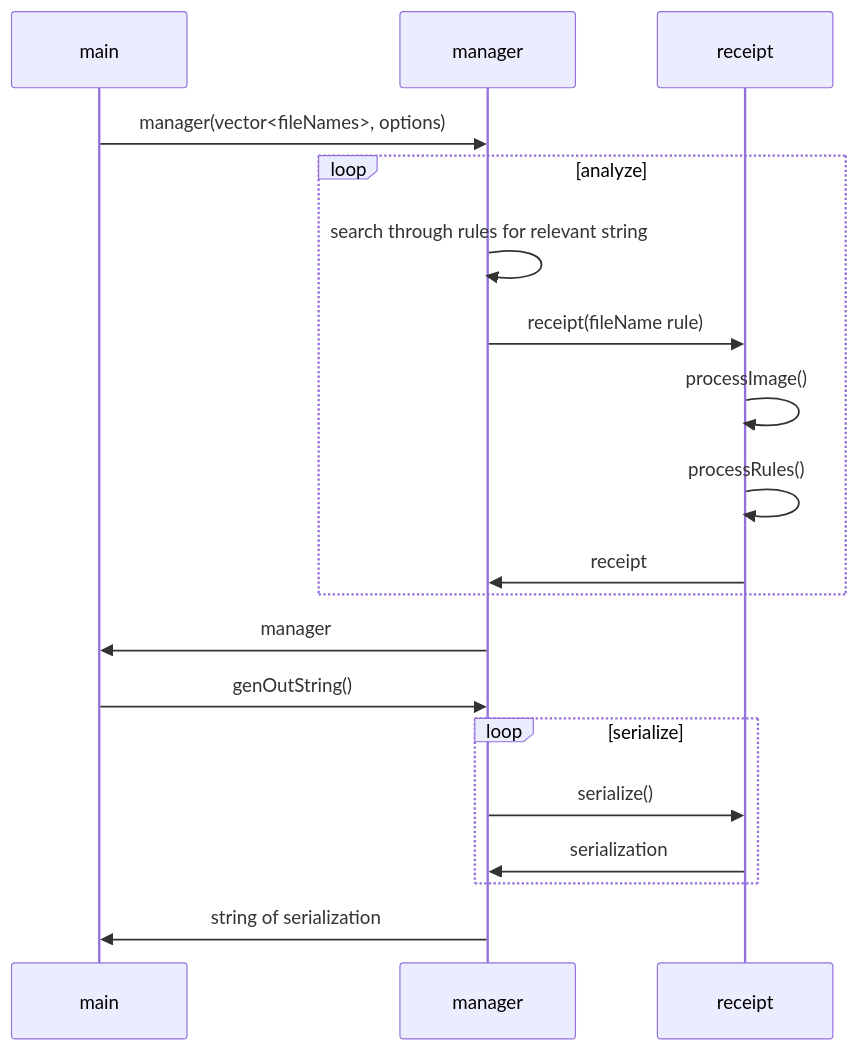
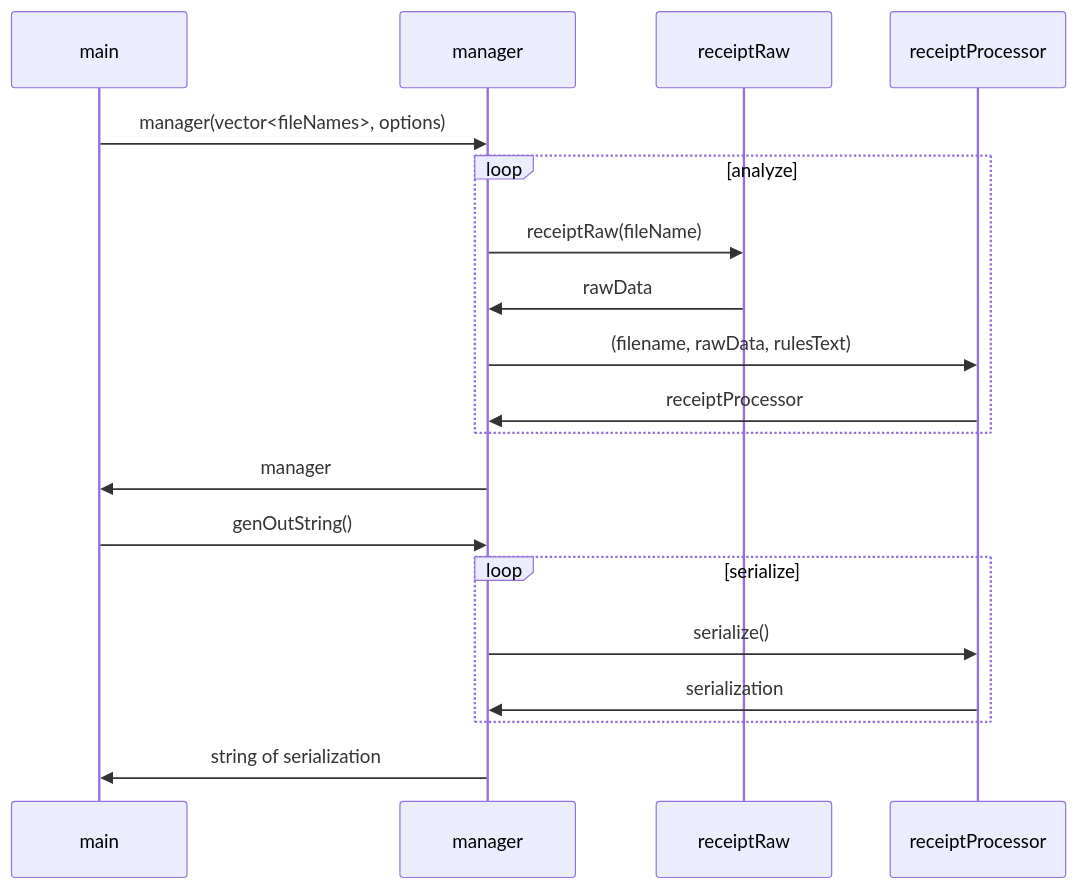
Before and after one commit to DJTakushi/receiptReader: the second of 2 diagrams in README.md, drawn with Mermaid. The commit also changed other lines of this file, not shown here.

````diff
--- a/README.md
+++ b/README.md
@@ -79,18 +87,17 @@
 ```mermaid
 sequenceDiagram
   main ->> manager: manager(vector<fileNames>, options)
   loop analyze
-    manager->>manager: search through rules for relevant string
-    manager->>receipt: receipt(fileName rule)
-    receipt->>receipt: processImage()
-    receipt->>receipt: processRules()
-    receipt->>manager: receipt
+    manager->>receiptRaw: receiptRaw(fileName)
+    receiptRaw->>manager: rawData
+    manager->>receiptProcessor: (filename, rawData, rulesText)
+    receiptProcessor->>manager: receiptProcessor
   end
   manager ->> main: manager
   main ->> manager: genOutString()
   loop serialize
-    manager ->> receipt: serialize()
-    receipt ->> manager: serialization
+    manager ->> receiptProcessor: serialize()
+    receiptProcessor ->> manager : serialization
   end
   manager ->> main: string of serialization
 ```
````
